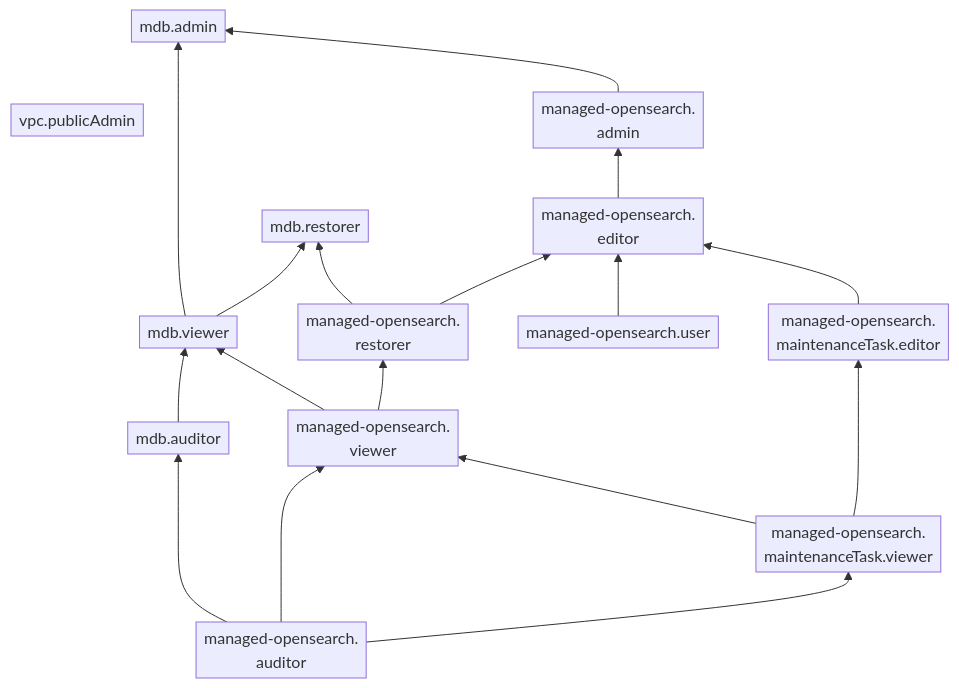
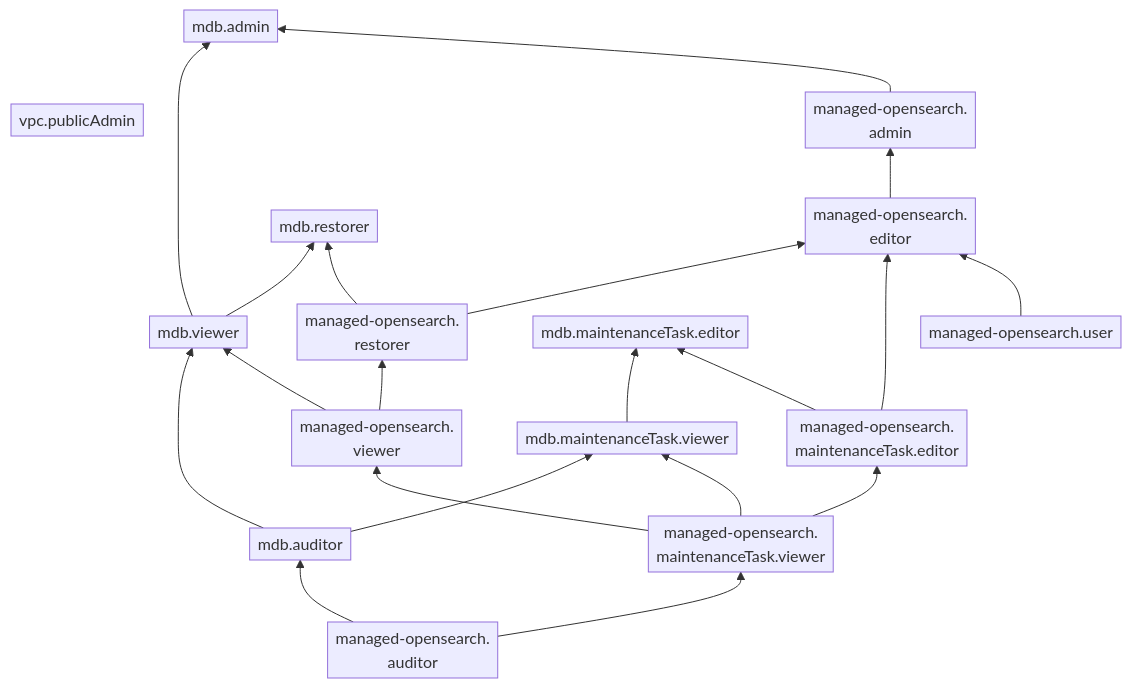
One commit to yandex-cloud/docs changed the diagram in en/_mermaid/roles/managed-opensearch.md. Above: the diagram before and after it, drawn with Mermaid. The commit also changed 235 other files, not shown here.

````diff
--- a/en/_mermaid/roles/managed-opensearch.md
+++ b/en/_mermaid/roles/managed-opensearch.md
@@ -1,28 +1,33 @@
 ```mermaid
 %%{init: { "flowchart": { "padding": 4 } } }%%
 flowchart BT
     vpc.publicAdmin ~~~ mdb.admin
     mdb.viewer --> mdb.admin
+    mdb.viewer ~~~ mdb.admin
+    mdb.restorer ~~~ mdb.admin
+    mdb.viewer --> mdb.restorer
+    managed-opensearch.admin["`managed-opensearch.
+    admin`"] --> mdb.admin
+    managed-opensearch.viewer --> managed-opensearch.restorer
+    managed-opensearch.restorer["`managed-opensearch.
+    restorer`"] --> managed-opensearch.editor
+    mdb.auditor --> mdb.maintenanceTask.viewer
+    mdb.maintenanceTask.viewer --> mdb.maintenanceTask.editor
+    managed-opensearch.maintenanceTask.viewer --> mdb.maintenanceTask.viewer
+    managed-opensearch.maintenanceTask.editor["`managed-opensearch.
+    maintenanceTask.editor`"] --> managed-opensearch.editor
+    managed-opensearch.maintenanceTask.viewer["`managed-opensearch.
+    maintenanceTask.viewer`"] --> managed-opensearch.viewer
+    managed-opensearch.maintenanceTask.viewer --> managed-opensearch.maintenanceTask.editor
+    managed-opensearch.maintenanceTask.editor --> mdb.maintenanceTask.editor
+    managed-opensearch.auditor --> managed-opensearch.maintenanceTask.viewer
     mdb.auditor --> mdb.viewer
-    mdb.viewer --> mdb.restorer
+    managed-opensearch.viewer["`managed-opensearch.
+    viewer`"] --> mdb.viewer
     managed-opensearch.auditor["`managed-opensearch.
     auditor`"] --> mdb.auditor
-    managed-opensearch.viewer["`managed-opensearch.
-    viewer`"] --> mdb.viewer
-    managed-opensearch.restorer["`managed-opensearch.
-    restorer`"] --> mdb.restorer
-    managed-opensearch.admin["`managed-opensearch.
-    admin`"] --> mdb.admin
-    managed-opensearch.user --> managed-opensearch.editor
-    managed-opensearch.auditor --> managed-opensearch.viewer
-    managed-opensearch.viewer --> managed-opensearch.restorer
     managed-opensearch.editor["`managed-opensearch.
     editor`"] --> managed-opensearch.admin
-    managed-opensearch.restorer --> managed-opensearch.editor
-    managed-opensearch.maintenanceTask.editor --> managed-opensearch.editor
-    managed-opensearch.maintenanceTask.viewer --> managed-opensearch.viewer
-    managed-opensearch.maintenanceTask.viewer --> managed-opensearch.maintenanceTask.editor["`managed-opensearch.
-    maintenanceTask.editor`"]
-    managed-opensearch.auditor --> managed-opensearch.maintenanceTask.viewer["`managed-opensearch.
-    maintenanceTask.viewer`"]
+    managed-opensearch.restorer --> mdb.restorer
+    managed-opensearch.user --> managed-opensearch.editor
 ```
````
